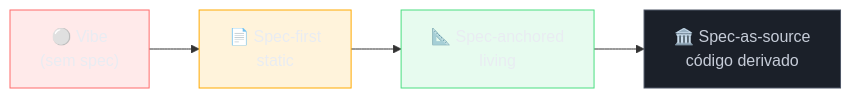
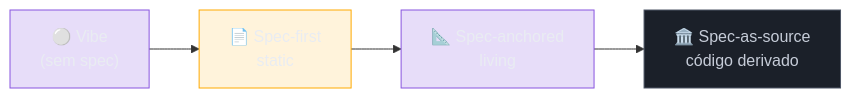
Before and after one commit to josenaldo/codex-technomanticus: the first of 2 diagrams in 03-Dominios/Tecnologia/IA/Spec-Driven Development/03 - Níveis de rigor — spec-first, spec-anchored, spec-as-source.md, drawn with Mermaid. The commit also changed 601 other files, not shown here.

````diff
--- a/03-Dominios/Tecnologia/IA/Spec-Driven Development/03 - Níveis de rigor — spec-first, spec-anchored, spec-as-source.md
+++ b/03-Dominios/Tecnologia/IA/Spec-Driven Development/03 - Níveis de rigor — spec-first, spec-anchored, spec-as-source.md
@@ -33,15 +33,14 @@
 ```mermaid
 graph LR
-    classDef falha fill:#FF6B6B24,stroke:#FF6B6B,color:#E9ECF2
+    classDef marca fill:#8855DF33,stroke:#8855DF,color:#E9ECF2
     classDef destaque fill:#FFAA0024,stroke:#FFAA00,color:#E9ECF2
-    classDef ok fill:#4ADE8021,stroke:#4ADE80,color:#E9ECF2
     classDef neutro fill:#1B2029,stroke:#4E5666,color:#C6CCD8
     A["⚪ Vibe<br/>(sem spec)"] --> B["📄 Spec-first<br/>static"]
     B --> C["📐 Spec-anchored<br/>living"]
     C --> D["🏛️ Spec-as-source<br/>código derivado"]
 
-    class A falha
+    class A marca
     class B destaque
-    class C ok
+    class C marca
     class D neutro
 ```
````
